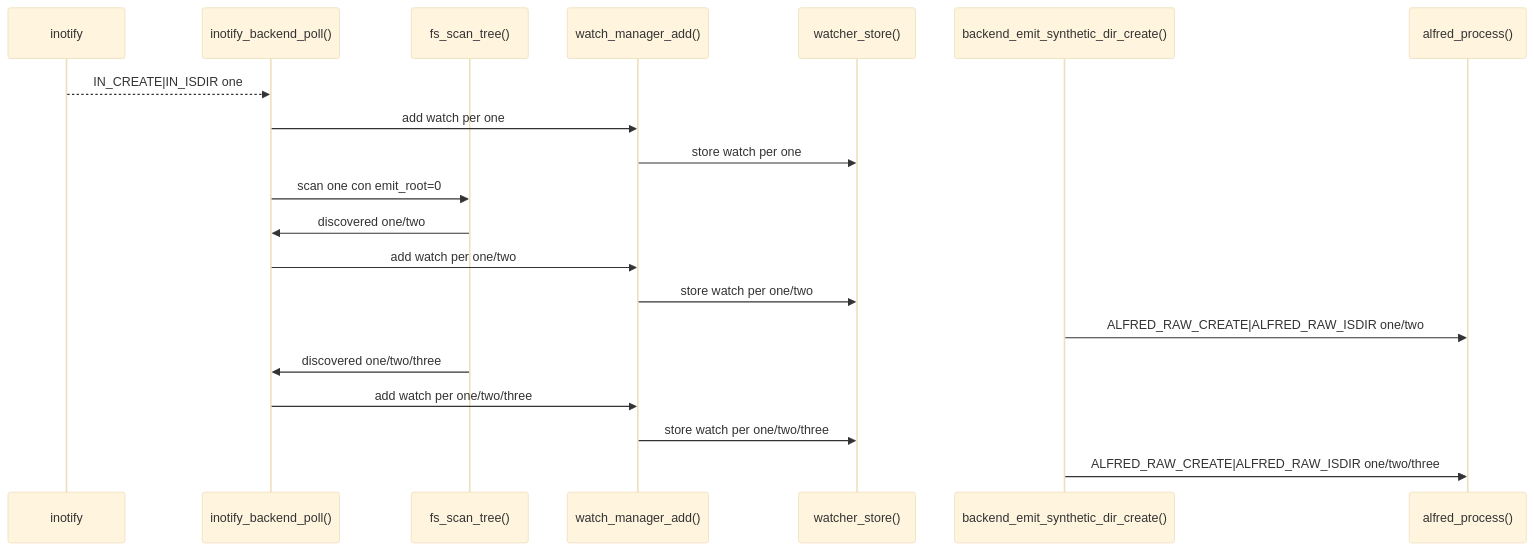
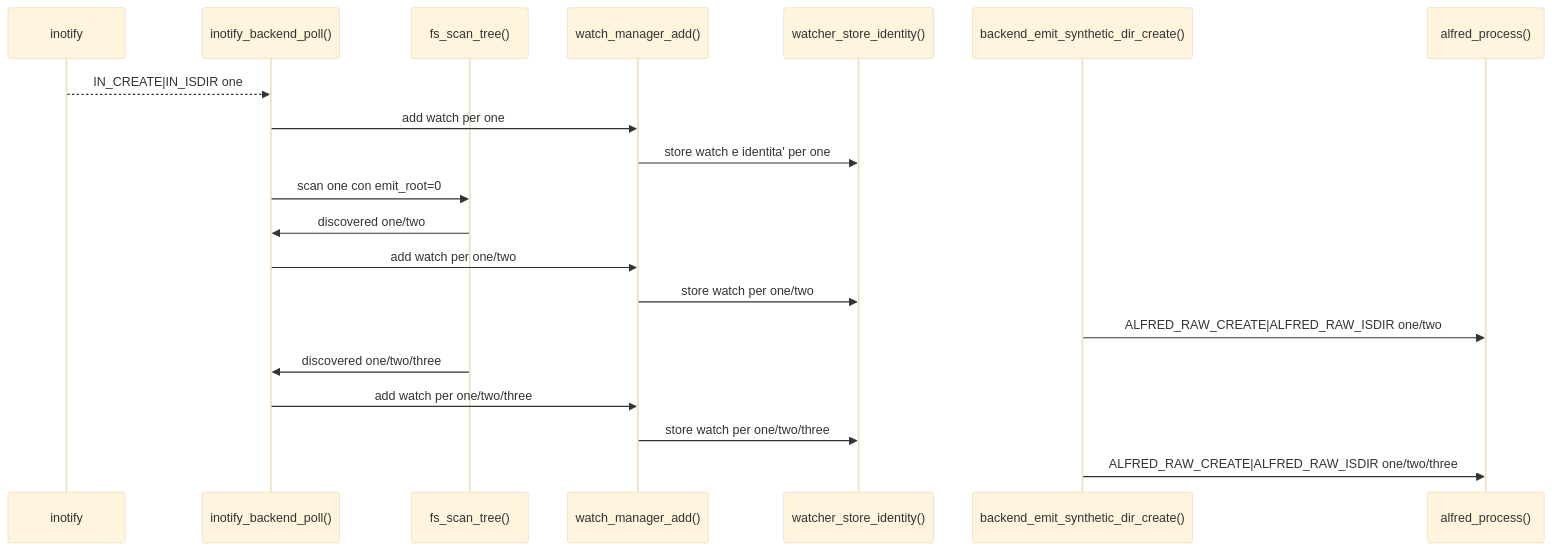
One commit to kinderp/alfred changed diagram 14 of 17 in docs/it/16-mappa-codice-e-strutture.md. Above: the diagram before and after it, drawn with Mermaid (base theme). The commit also changed other lines of this file and 7 other files, not shown here.

````diff
--- a/docs/it/16-mappa-codice-e-strutture.md
+++ b/docs/it/16-mappa-codice-e-strutture.md
@@ -907,23 +917,23 @@
 ```mermaid
 sequenceDiagram
     participant Kernel as inotify
     participant Backend as inotify_backend_poll()
     participant Scanner as fs_scan_tree()
     participant Manager as watch_manager_add()
-    participant Table as watcher_store()
+    participant Table as watcher_store_identity()
     participant Synthetic as backend_emit_synthetic_dir_create()
     participant Core as alfred_process()
 
     Kernel-->>Backend: IN_CREATE|IN_ISDIR one
     Backend->>Manager: add watch per one
-    Manager->>Table: store watch per one
+    Manager->>Table: store watch e identita' per one
     Backend->>Scanner: scan one con emit_root=0
     Scanner->>Backend: discovered one/two
     Backend->>Manager: add watch per one/two
     Manager->>Table: store watch per one/two
     Synthetic->>Core: ALFRED_RAW_CREATE|ALFRED_RAW_ISDIR one/two
     Scanner->>Backend: discovered one/two/three
     Backend->>Manager: add watch per one/two/three
     Manager->>Table: store watch per one/two/three
     Synthetic->>Core: ALFRED_RAW_CREATE|ALFRED_RAW_ISDIR one/two/three
 ```
````
